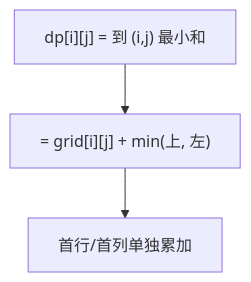
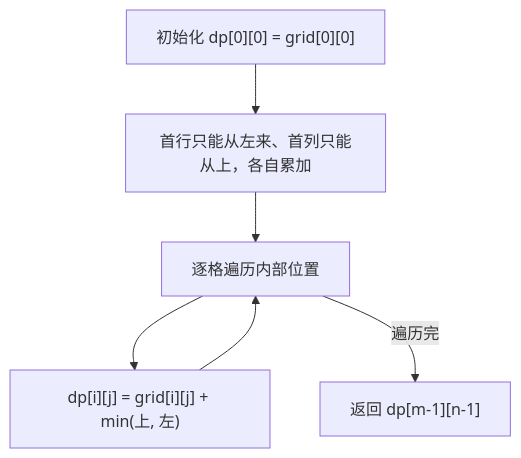
The first of 2 diagrams in 17-多维动态规划/0064-最小路径和.md (OctalZero/hot100-py), drawn with Mermaid before and after one commit. The commit also changed other lines of this file and 117 other files, not shown here.

First line of the commit message:
feat: 全题解配图升级为「动画式 mermaid」（总览骨架 + 横向时间线逐步推演）

````diff
--- a/17-多维动态规划/0064-最小路径和.md
+++ b/17-多维动态规划/0064-最小路径和.md
@@ -21,5 +21,8 @@
 ```mermaid
 flowchart TD
-    A["dp[i][j] = 到 (i,j) 最小和"] --> B["= grid[i][j] + min(上, 左)"]
-    B --> C["首行/首列单独累加"]
+    A["初始化 dp[0][0] = grid[0][0]"] --> B["首行只能从左来、首列只能从上，各自累加"]
+    B --> C["逐格遍历内部位置"]
+    C --> D["dp[i][j] = grid[i][j] + min(上, 左)"]
+    D --> C
+    C -->|"遍历完"| E["返回 dp[m-1][n-1]"]
 ```
````
